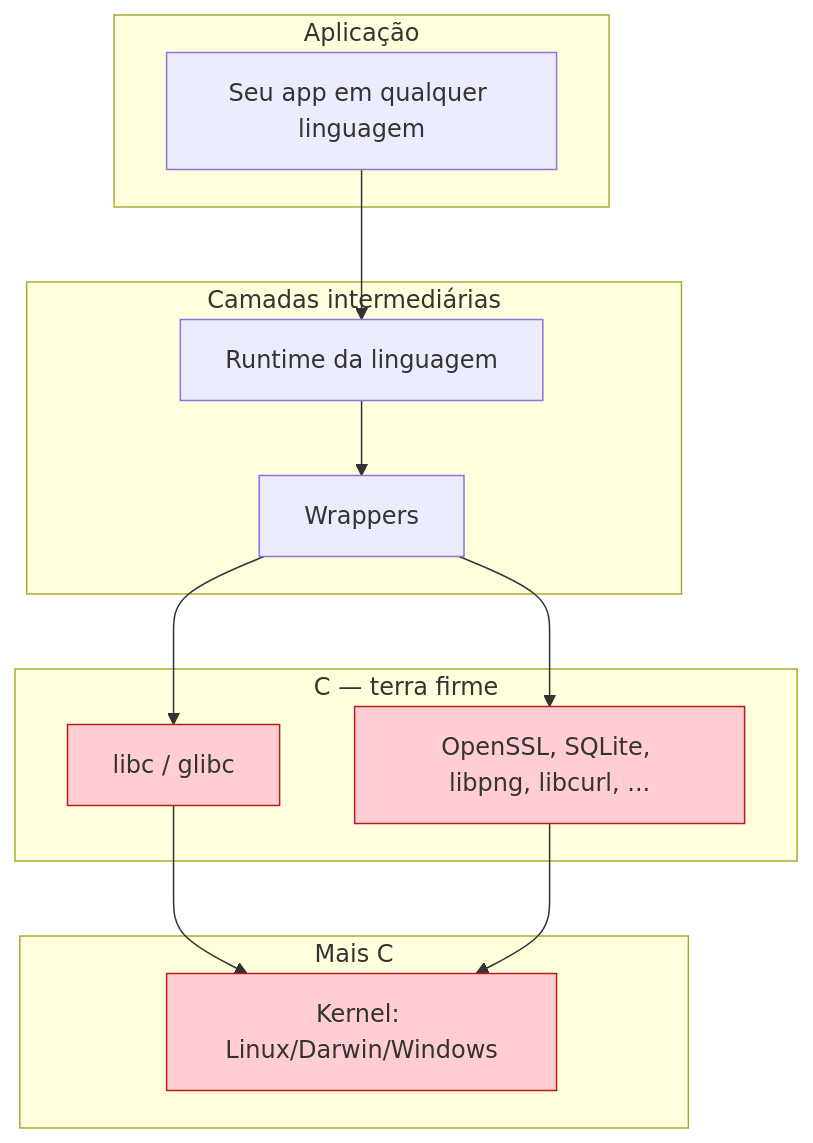
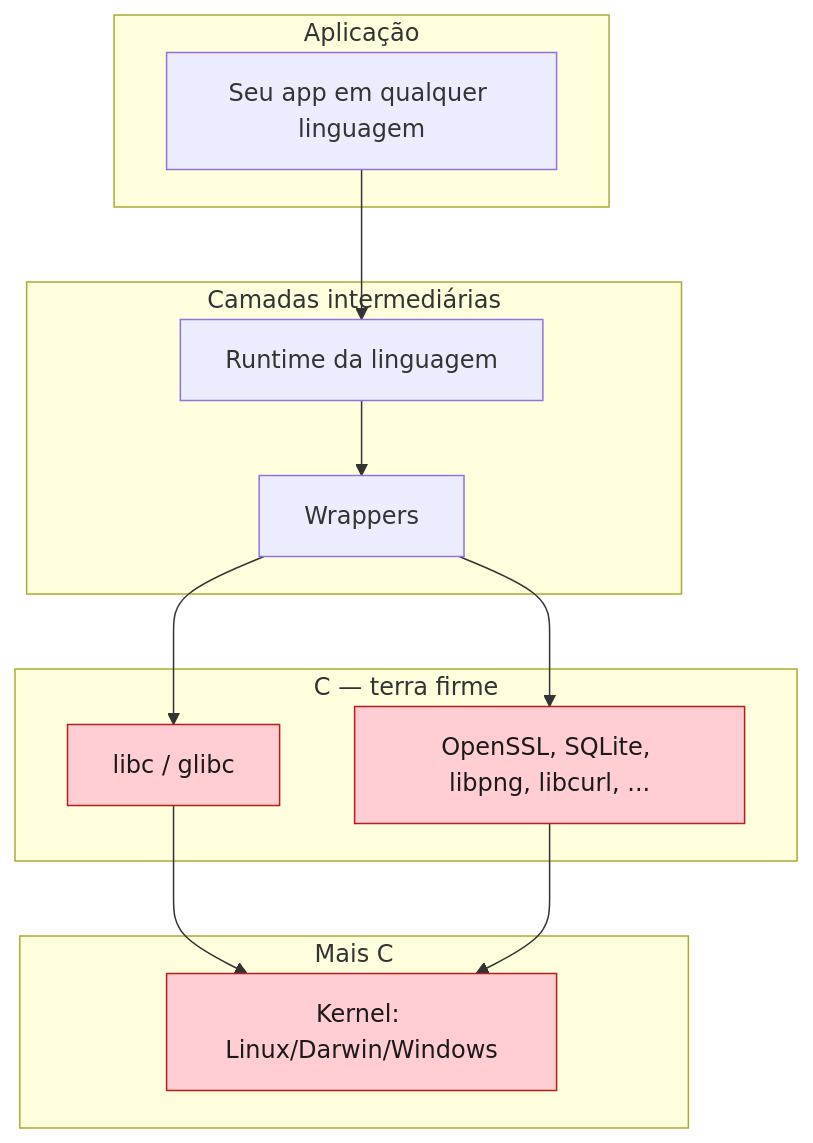
The first of 3 diagrams in book/part-13-unsafe-and-ffi/ch37-ffi.md (Felipeness/ferro-e-espirito), drawn with Mermaid before and after one commit. The commit also changed other lines of this file and 56 other files, not shown here.

First line of the commit message:
fix: contraste de texto em diagramas mermaid

````diff
--- a/book/part-13-unsafe-and-ffi/ch37-ffi.md
+++ b/book/part-13-unsafe-and-ffi/ch37-ffi.md
@@ -18,31 +18,31 @@
 ```mermaid
 graph TB
     subgraph "Aplicação"
         A[Seu app em qualquer linguagem]
     end
 
     subgraph "Camadas intermediárias"
         B[Runtime da linguagem]
         C[Wrappers]
     end
 
     subgraph "C — terra firme"
         D[libc / glibc]
         E[OpenSSL, SQLite, libpng, libcurl, ...]
     end
 
     subgraph "Mais C"
         F[Kernel: Linux/Darwin/Windows]
     end
 
     A --> B
     B --> C
     C --> D
     C --> E
     D --> F
     E --> F
 
-    style D fill:#ffcdd2,stroke:#b71c1c
-    style E fill:#ffcdd2,stroke:#b71c1c
-    style F fill:#ffcdd2,stroke:#b71c1c
+    style D fill:#ffcdd2,stroke:#b71c1c,color:#1a1a1a
+    style E fill:#ffcdd2,stroke:#b71c1c,color:#1a1a1a
+    style F fill:#ffcdd2,stroke:#b71c1c,color:#1a1a1a
 ```
````
